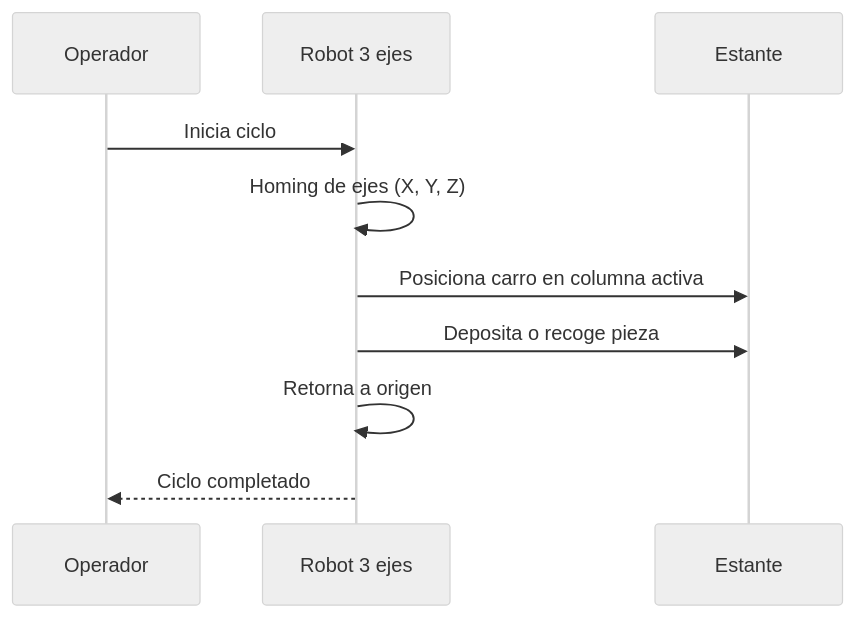
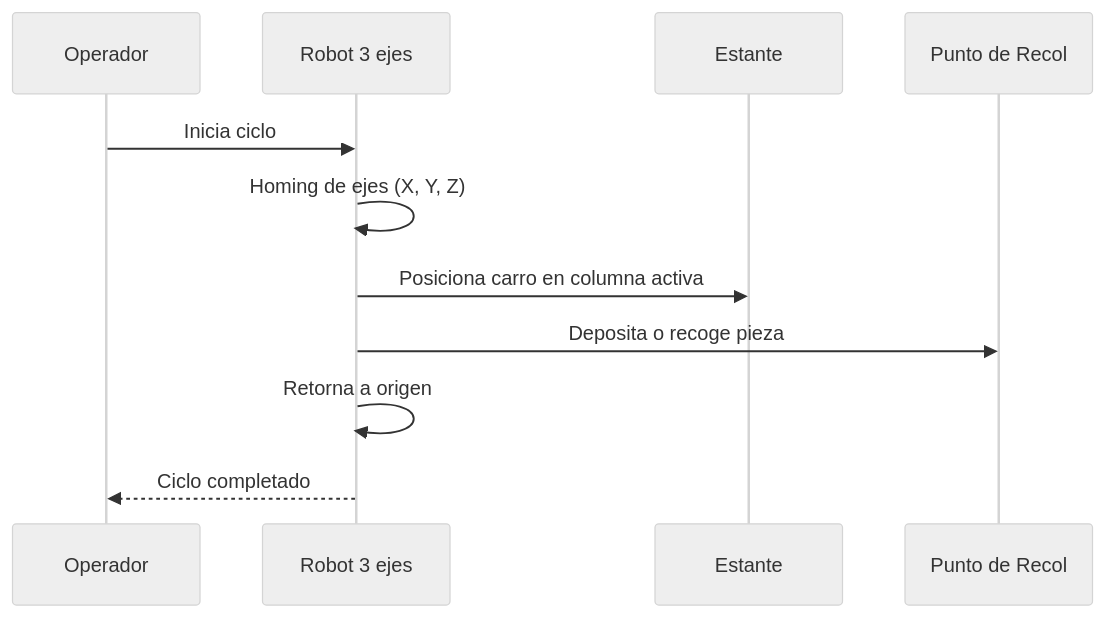
The second of 4 diagrams in README.md (SB-312/Proyecto-Intermedio-IIoT), drawn with Mermaid (neutral theme) before and after one commit.

````diff
--- a/README.md
+++ b/README.md
@@ -105,13 +105,13 @@
 ```mermaid
 sequenceDiagram
     participant Operador
     participant Robot as Robot 3 ejes
     participant Estante
 
     Operador->>Robot: Inicia ciclo
     Robot->>Robot: Homing de ejes (X, Y, Z)
     Robot->>Estante: Posiciona carro en columna activa
-    Robot->>Estante: Deposita o recoge pieza
+    Robot->>Punto de Recol: Deposita o recoge pieza
     Robot->>Robot: Retorna a origen
     Robot-->>Operador: Ciclo completado
 ```
````
